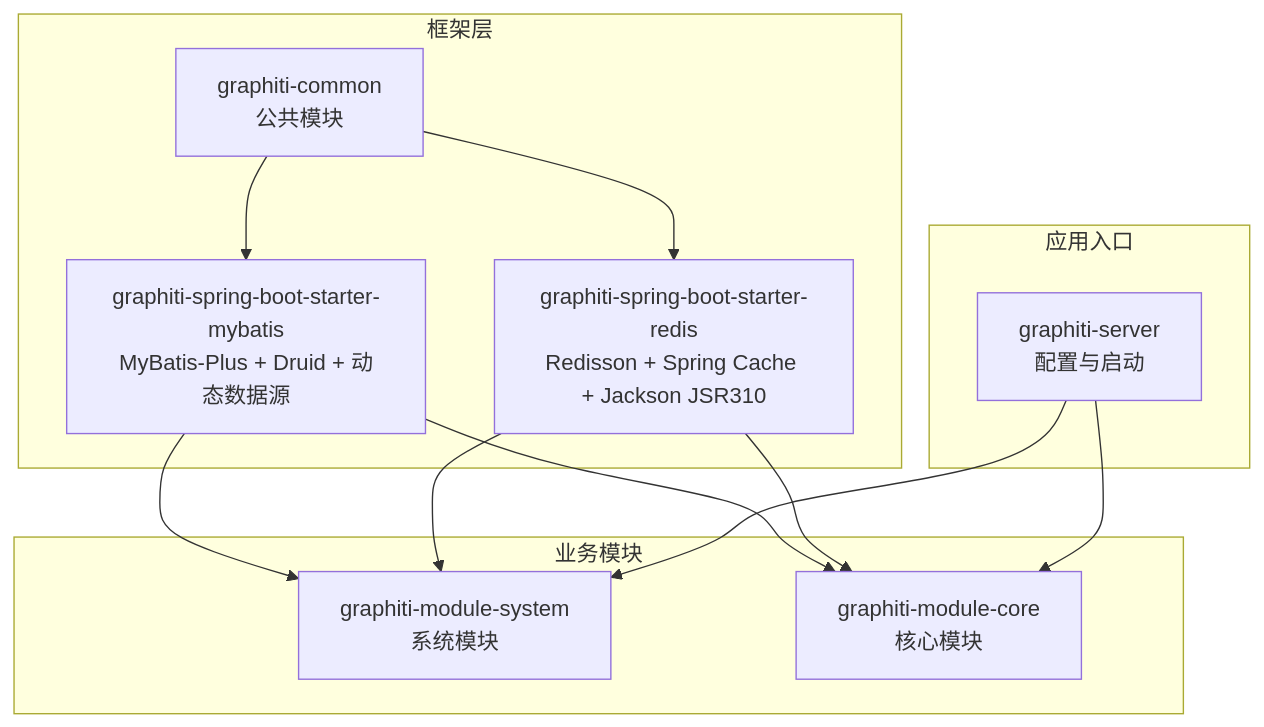
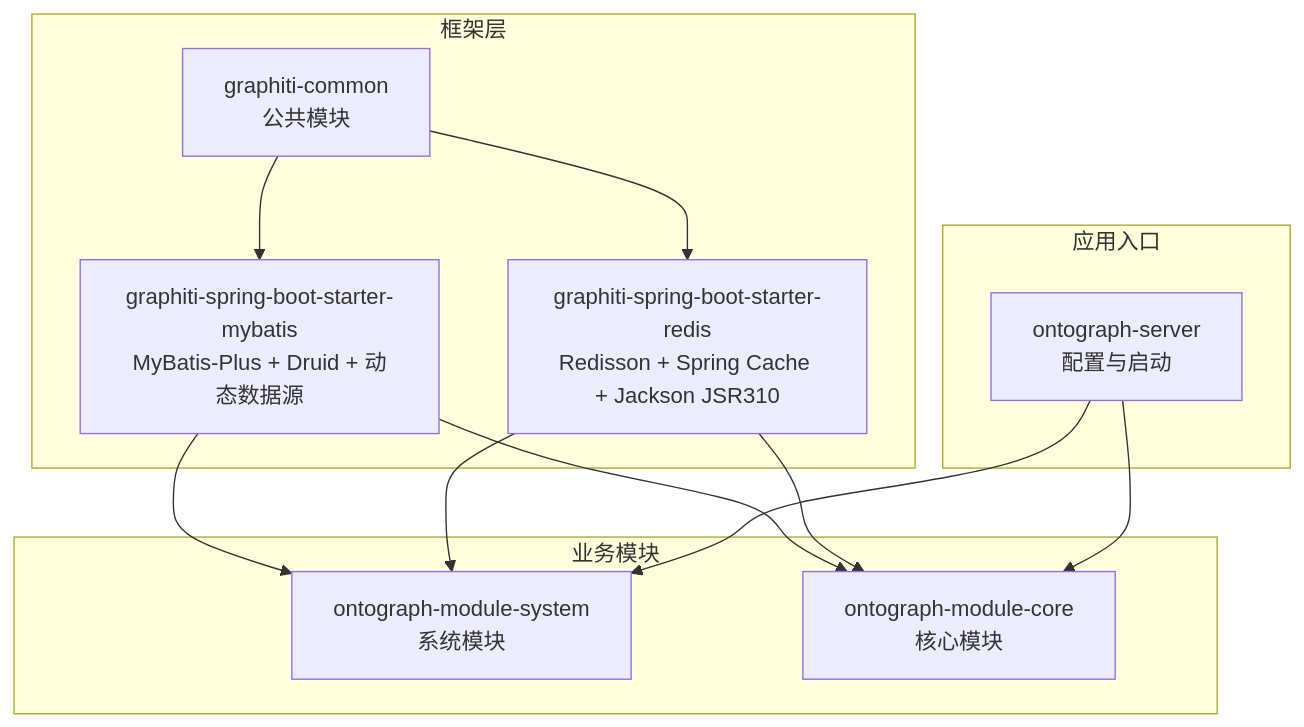
The first of 9 diagrams in docs/manual/核心模块/框架模块 (graphiti-framework)/数据访问框架.md (joezxh/graphiti-java), drawn with Mermaid before and after one commit. The commit also changed other lines of this file and 200 other files, not shown here.

````diff
--- a/docs/manual/核心模块/框架模块 (graphiti-framework)/数据访问框架.md
+++ b/docs/manual/核心模块/框架模块 (graphiti-framework)/数据访问框架.md
@@ -56,23 +56,23 @@
 ```mermaid
 graph TB
 subgraph "框架层"
 COMMON["graphiti-common<br/>公共模块"]
 MYBATIS_ST["graphiti-spring-boot-starter-mybatis<br/>MyBatis-Plus + Druid + 动态数据源"]
 REDIS_ST["graphiti-spring-boot-starter-redis<br/>Redisson + Spring Cache + Jackson JSR310"]
 end
 subgraph "业务模块"
-SYS_MOD["graphiti-module-system<br/>系统模块"]
-CORE_MOD["graphiti-module-core<br/>核心模块"]
+SYS_MOD["ontograph-module-system<br/>系统模块"]
+CORE_MOD["ontograph-module-core<br/>核心模块"]
 end
 subgraph "应用入口"
-SERVER["graphiti-server<br/>配置与启动"]
+SERVER["ontograph-server<br/>配置与启动"]
 end
 COMMON --> MYBATIS_ST
 COMMON --> REDIS_ST
 MYBATIS_ST --> SYS_MOD
 MYBATIS_ST --> CORE_MOD
 REDIS_ST --> SYS_MOD
 REDIS_ST --> CORE_MOD
 SERVER --> SYS_MOD
 SERVER --> CORE_MOD
 ```
````
